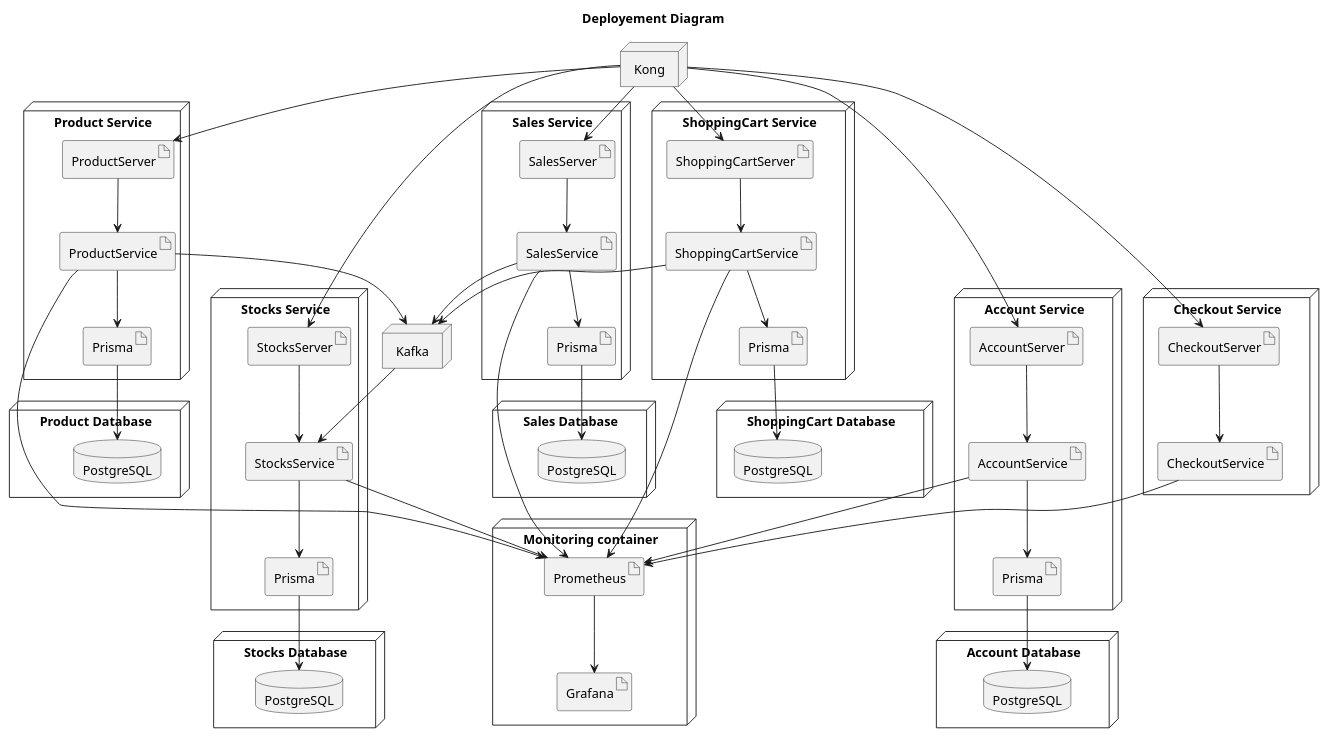
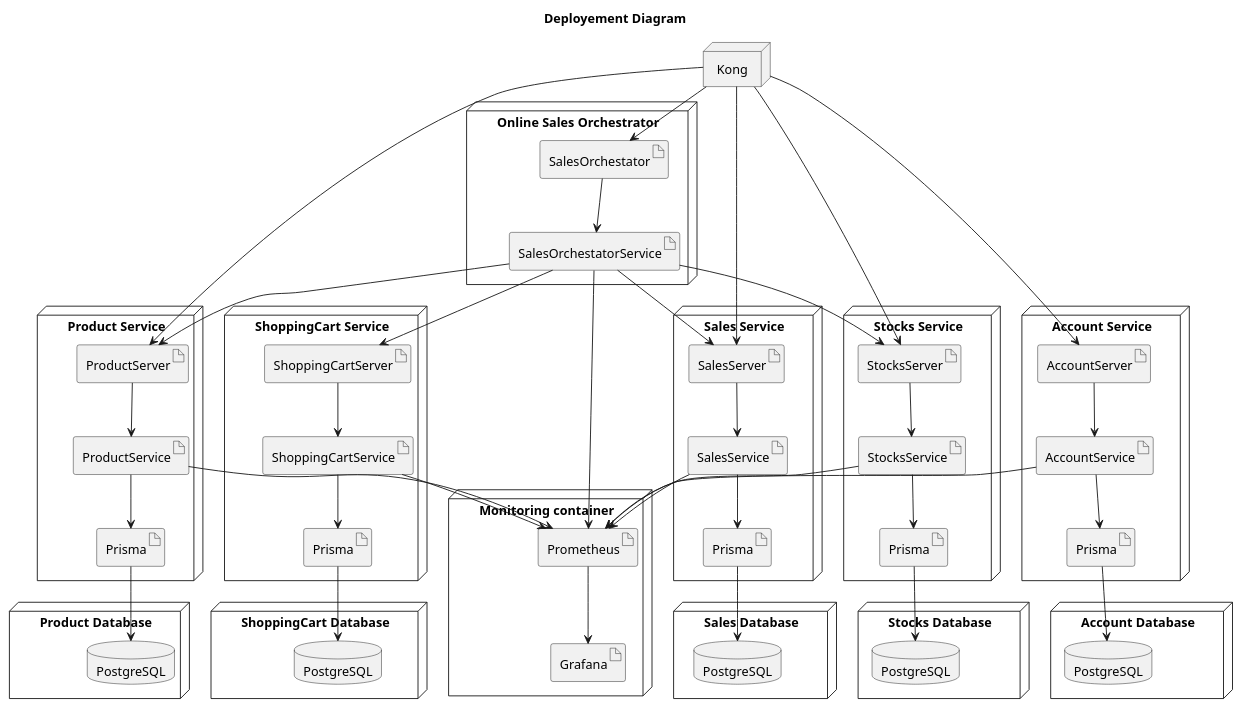
The diagram in docs/UML/deployement.puml (ThePhobosDeimosSuite/laboratoire-0_log430), drawn with PlantUML before and after one commit. The commit also changed 15 other files, not shown here.

```diff
--- a/docs/UML/deployement.puml
+++ b/docs/UML/deployement.puml
@@ -1,117 +1,113 @@
 @startuml deployement
 title Deployement Diagram
 
 node "Monitoring container" {
     artifact Prometheus
     artifact Grafana
 }
 
 node "Kong" {
 
 }
 
-node "Kafka" {
-
-}
 
 node "Product Database" {
     database "PostgreSQL" as ProductDB
 }
 
 node "Product Service"  {
     artifact ProductServer
     artifact ProductService
     artifact "Prisma" as ProductPrisma
 }
 
     [Kong] --> [ProductServer]
     [ProductServer] --> [ProductService]
     [ProductService] --> [Prometheus]
     [ProductService] --> [ProductPrisma]
     [ProductPrisma] --> [ProductDB]
 
 node "Sales Database" {
     database "PostgreSQL" as SalesDB
 }
 
 node "Sales Service"  {
     artifact SalesServer
     artifact SalesService
     artifact "Prisma" as SalesPrisma
 }
 
     [Kong] --> [SalesServer]
     [SalesServer] --> [SalesService]
     [SalesService] --> [Prometheus]
     [SalesService] --> [SalesPrisma]
     [SalesPrisma] --> [SalesDB]
 
 node "Stocks Database" {
     database "PostgreSQL" as StocksDB
 }
 
 node "Stocks Service"  {
     artifact StocksServer
     artifact StocksService
     artifact "Prisma" as StocksPrisma
 }
 
     [Kong] --> [StocksServer]
     [StocksServer] --> [StocksService]
     [StocksService] --> [Prometheus]
     [StocksService] --> [StocksPrisma]
     [StocksPrisma] --> [StocksDB]
 
-    [SalesService] --> [Kafka]
-    [Kafka] --> [StocksService]
 
 
 node "Account Database" {
     database "PostgreSQL" as AccountDB
 }
 
 node "Account Service"  {
     artifact AccountServer
     artifact AccountService
     artifact "Prisma" as AccountPrisma
 }
 
     [Kong] --> [AccountServer]
     [AccountServer] --> [AccountService]
     [AccountService] --> [Prometheus]
     [AccountService] --> [AccountPrisma]
     [AccountPrisma] --> [AccountDB]
 
 node "ShoppingCart Database" {
     database "PostgreSQL" as ShoppingCartDB
 }
 
 node "ShoppingCart Service"  {
     artifact ShoppingCartServer
     artifact ShoppingCartService
     artifact "Prisma" as ShoppingCartPrisma
 }
 
-    [Kong] --> [ShoppingCartServer]
     [ShoppingCartServer] --> [ShoppingCartService]
     [ShoppingCartService] --> [Prometheus]
     [ShoppingCartService] --> [ShoppingCartPrisma]
     [ShoppingCartPrisma] --> [ShoppingCartDB]
 
-    [ShoppingCartService] --> [Kafka]
 
-
-node "Checkout Service"  {
-    artifact CheckoutServer
-    artifact CheckoutService
+node "Online Sales Orchestrator"  {
+    artifact SalesOrchestator
+    artifact SalesOrchestatorService
 }
 
-    [Kong] --> [CheckoutServer]
-    [CheckoutServer] --> [CheckoutService]
-    [CheckoutService] --> [Prometheus]
+    [Kong] --> [SalesOrchestator]
+    [SalesOrchestator] --> [SalesOrchestatorService]
+    [SalesOrchestatorService] --> [Prometheus]
 
-    [ProductService] --> [Kafka]
+    [SalesOrchestatorService] --> [ShoppingCartServer]
+    [SalesOrchestatorService] --> [ProductServer]
+    [SalesOrchestatorService] --> [SalesServer]
+    [SalesOrchestatorService] --> [StocksServer]
+
 
 
     [Prometheus] --> [Grafana]
 @enduml
```
